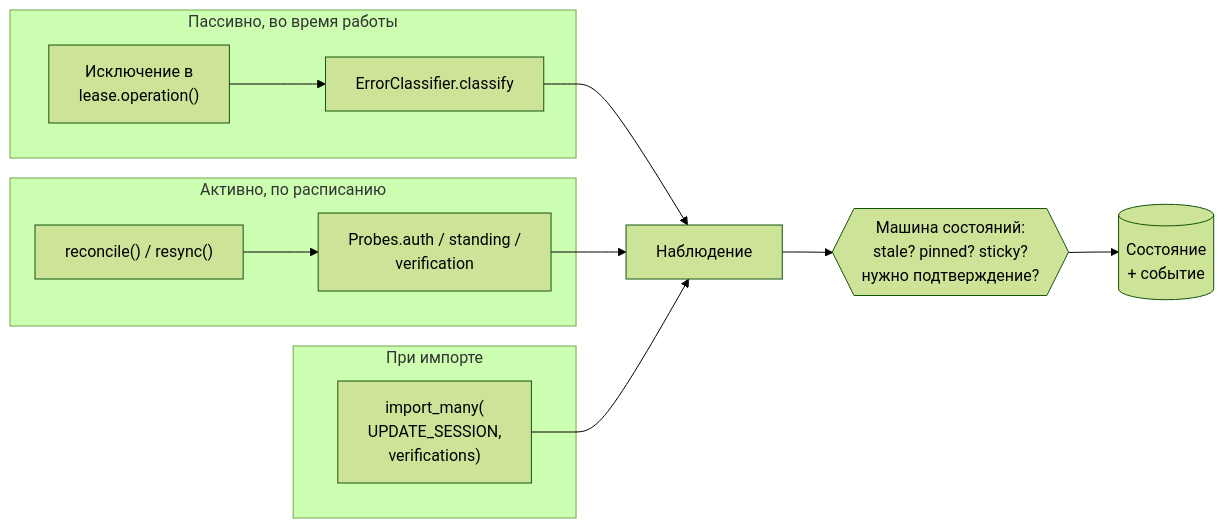
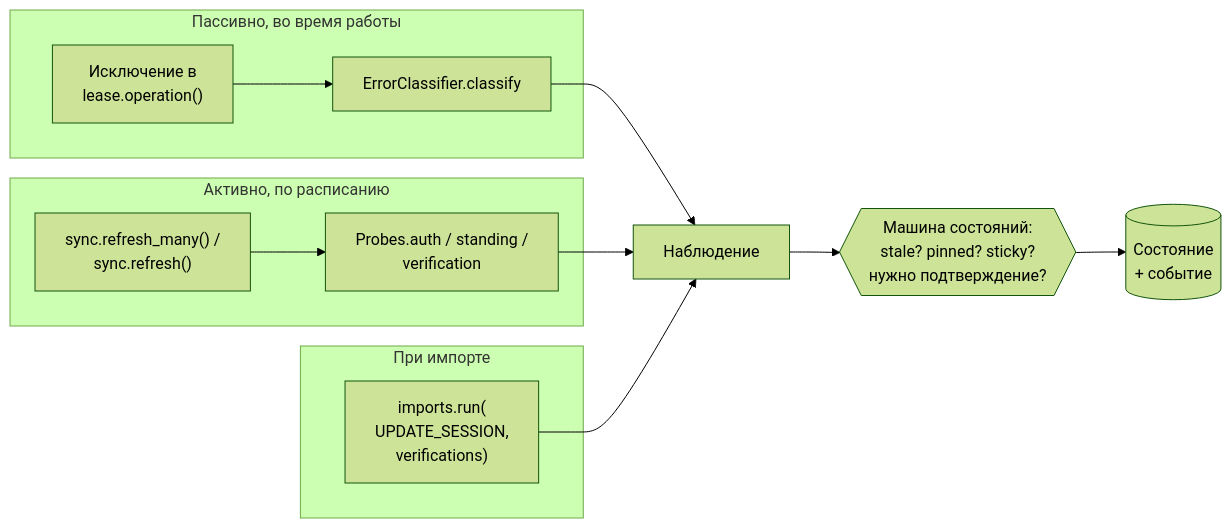
The sixth of 6 diagrams in docs/guide/04-states.md (0cherednoq/identity-hub), drawn with Mermaid (forest theme) before and after one commit. The commit also changed other lines of this file and 20 other files, not shown here.

````diff
--- a/docs/guide/04-states.md
+++ b/docs/guide/04-states.md
@@ -218,17 +218,17 @@
 ```mermaid
 flowchart LR
     subgraph passive["Пассивно, во время работы"]
         E["Исключение в<br/>lease.operation()"] --> C["ErrorClassifier.classify"]
     end
     subgraph active["Активно, по расписанию"]
-        R["reconcile() / resync()"] --> P["Probes.auth / standing /<br/>verification"]
+        R["sync.refresh_many() /<br/>sync.refresh()"] --> P["Probes.auth / standing /<br/>verification"]
     end
     subgraph bulk["При импорте"]
-        I["import_many(<br/>UPDATE_SESSION,<br/>verifications)"]
+        I["imports.run(<br/>UPDATE_SESSION,<br/>verifications)"]
     end
     C --> O["Наблюдение"]
     P --> O
     I --> O
     O --> M{{"Машина состояний:<br/>stale? pinned? sticky?<br/>нужно подтверждение?"}}
     M --> S[("Состояние<br/>+ событие")]
 ```
````
